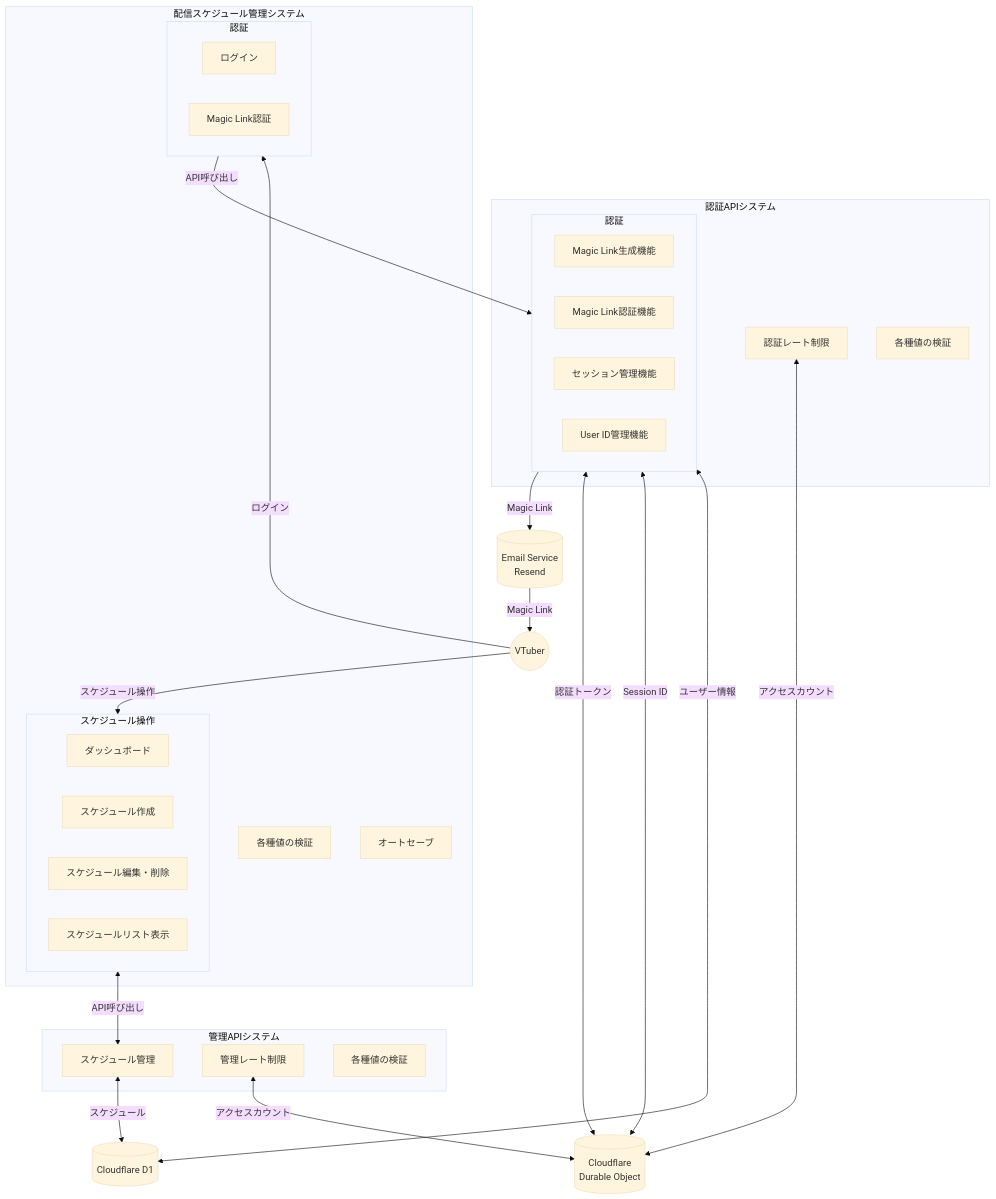
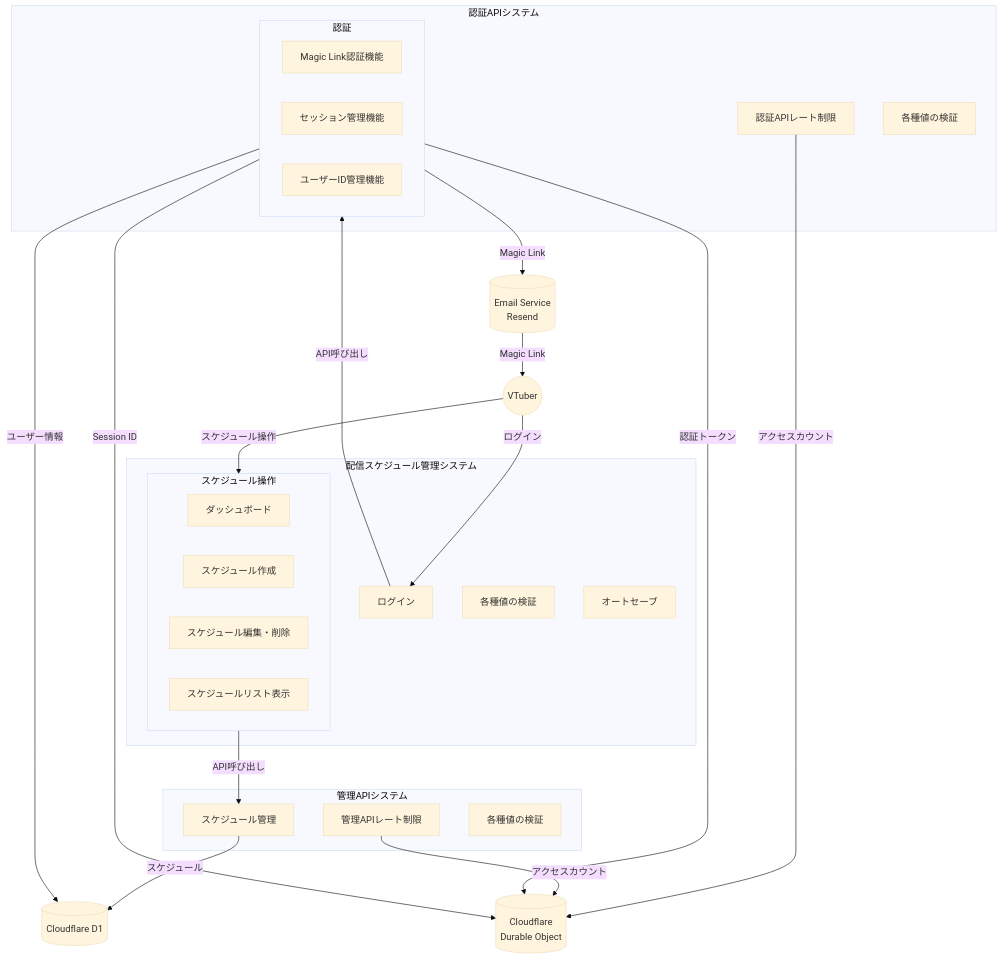
Before and after one commit to osawa-naotaka/vtunehub: the first of 12 diagrams in doc/devel/PHASE_01/01_05_FUNCTIONAL_SPEC.md, drawn with Mermaid (base theme). The commit also changed other lines of this file, not shown here.

````diff
--- a/doc/devel/PHASE_01/01_05_FUNCTIONAL_SPEC.md
+++ b/doc/devel/PHASE_01/01_05_FUNCTIONAL_SPEC.md
@@ -18,78 +18,74 @@
 ```mermaid
 graph TB
 
   %% Actor and External Services
   ACTOR_VTUBER(("VTuber"))
   SV_EMAIL[("Email Service<BR>Resend")]
   SV_D1[("Cloudflare D1")]
   SV_DO[("Cloudflare<BR>Durable Object")]
   
   %% subgraph ENV_WORKER["Worker"]
     %% Auth system
     subgraph SYS_AUTH_API["認証APIシステム"]
       
       subgraph FN_AUTH_AUTH["認証"]
-        FN_AUTH_GEN["Magic Link生成機能"]
         FN_AUTH_CHK["Magic Link認証機能"]
         FN_AUTH_SESSION["セッション管理機能"]
-        FN_AUTH_USER["User ID管理機能"]
+        FN_AUTH_USER["ユーザーID管理機能"]
       end
 
-      FN_AUTH_RATE["認証レート制限"]
+      FN_AUTH_RATE["認証APIレート制限"]
       FN_AUTH_VALID["各種値の検証"]
     end
 
     %% Management API System
     subgraph SYS_MNG_API["管理APIシステム"]
       FN_MNG_SCHED["スケジュール管理"]
-      FN_MNG_RATE["管理レート制限"]
+      FN_MNG_RATE["管理APIレート制限"]
       FN_MNG_VALID["各種値の検証"]
     end
 
   %% end
 
   %% Schedule Management System
   subgraph SYS_MNGSPA["配信スケジュール管理システム"]
-    subgraph FN_MNGSPA_AUTH["認証"]
-      FN_MNGSPA_LOGIN["ログイン"]
-      FN_MNGSPA_MAGIC_LINK["Magic Link認証"]
-    end
+    FN_MNGSPA_LOGIN["ログイン"]
 
     subgraph FN_MNGSPA_SCHED["スケジュール操作"]
       FN_MNGSPA_DASHBOARD["ダッシュボード"]
       FN_MNGSPA_CREATE["スケジュール作成"]
       FN_MNGSPA_EDIT["スケジュール編集・削除"]
       FN_MNGSPA_LIST["スケジュールリスト表示"]
     end
     FN_MNGSPA_VALID["各種値の検証"]
     FN_MNGSPA_AUTOSAVE["オートセーブ"]
   end
 
   %% 認証
-  ACTOR_VTUBER --"ログイン"--> FN_MNGSPA_AUTH
-  FN_MNGSPA_AUTH --"API呼び出し"--> FN_AUTH_AUTH
+  ACTOR_VTUBER --"ログイン"--> FN_MNGSPA_LOGIN
+  FN_MNGSPA_LOGIN --"API呼び出し"--> FN_AUTH_AUTH
   FN_AUTH_AUTH --"Magic Link"--> SV_EMAIL
   SV_EMAIL --"Magic Link"--> ACTOR_VTUBER
 
   %% スケジュール操作
   ACTOR_VTUBER --"スケジュール操作"--> FN_MNGSPA_SCHED
-  FN_MNGSPA_SCHED <--"API呼び出し"--> FN_MNG_SCHED
+  FN_MNGSPA_SCHED --"API呼び出し"--> FN_MNG_SCHED
 
   %% 外部サービスとの接続
 
   %% API --> Auth Token
-  FN_AUTH_AUTH <--"認証トークン"--> SV_DO
+  FN_AUTH_AUTH --"認証トークン"--> SV_DO
 
   %% API --> Session ID
-  FN_AUTH_AUTH <--"Session ID"--> SV_DO
+  FN_AUTH_AUTH --"Session ID"--> SV_DO
 
   %% API --> user data
-  FN_AUTH_AUTH <--"ユーザー情報"--> SV_D1
+  FN_AUTH_AUTH --"ユーザー情報"--> SV_D1
 
   %% API -> スケジュールデータ
-  FN_MNG_SCHED <--"スケジュール"--> SV_D1
+  FN_MNG_SCHED --"スケジュール"--> SV_D1
 
   %% レート制限 -> DO
-  FN_AUTH_RATE <--"アクセスカウント"--> SV_DO
-  FN_MNG_RATE <--"アクセスカウント"--> SV_DO
+  FN_AUTH_RATE --"アクセスカウント"--> SV_DO
+  FN_MNG_RATE --"アクセスカウント"--> SV_DO
 ```
````
